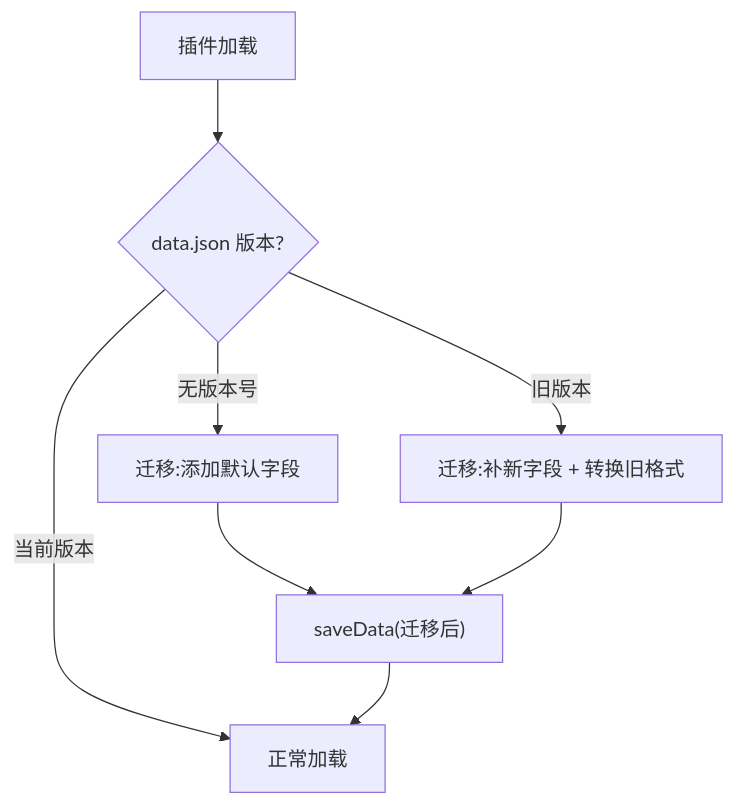
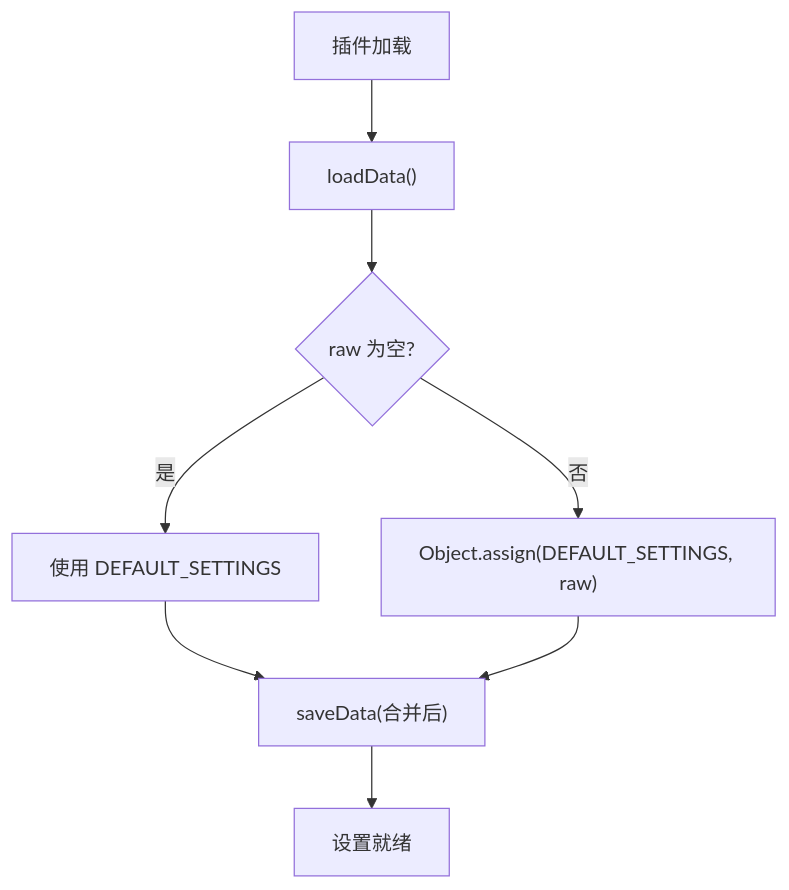
The second of 2 diagrams in docs/architecture/host/persistence.md (golddream-y/obsidian-ratel), drawn with Mermaid before and after one commit. The commit also changed other lines of this file and 1 other file, not shown here.

````diff
--- a/docs/architecture/host/persistence.md
+++ b/docs/architecture/host/persistence.md
@@ -117,11 +123,10 @@
 ```mermaid
 flowchart TB
-    START["插件加载"] --> CHECK{"data.json 版本?"}
-    CHECK -->|"无版本号"| MIGRATE["迁移:添加默认字段"]
-    CHECK -->|"旧版本"| MIGRATE2["迁移:补新字段 + 转换旧格式"]
-    CHECK -->|"当前版本"| LOAD["正常加载"]
-
-    MIGRATE --> SAVE["saveData(迁移后)"]
-    MIGRATE2 --> SAVE
-    SAVE --> LOAD
+    START["插件加载"] --> LOAD["loadData()"]
+    LOAD --> CHECK{"raw 为空?"}
+    CHECK -->|"是"| DEFAULT["使用 DEFAULT_SETTINGS"]
+    CHECK -->|"否"| MERGE["Object.assign(DEFAULT_SETTINGS, raw)"]
+    DEFAULT --> SAVE["saveData(合并后)"]
+    MERGE --> SAVE
+    SAVE --> READY["设置就绪"]
 ```
````
